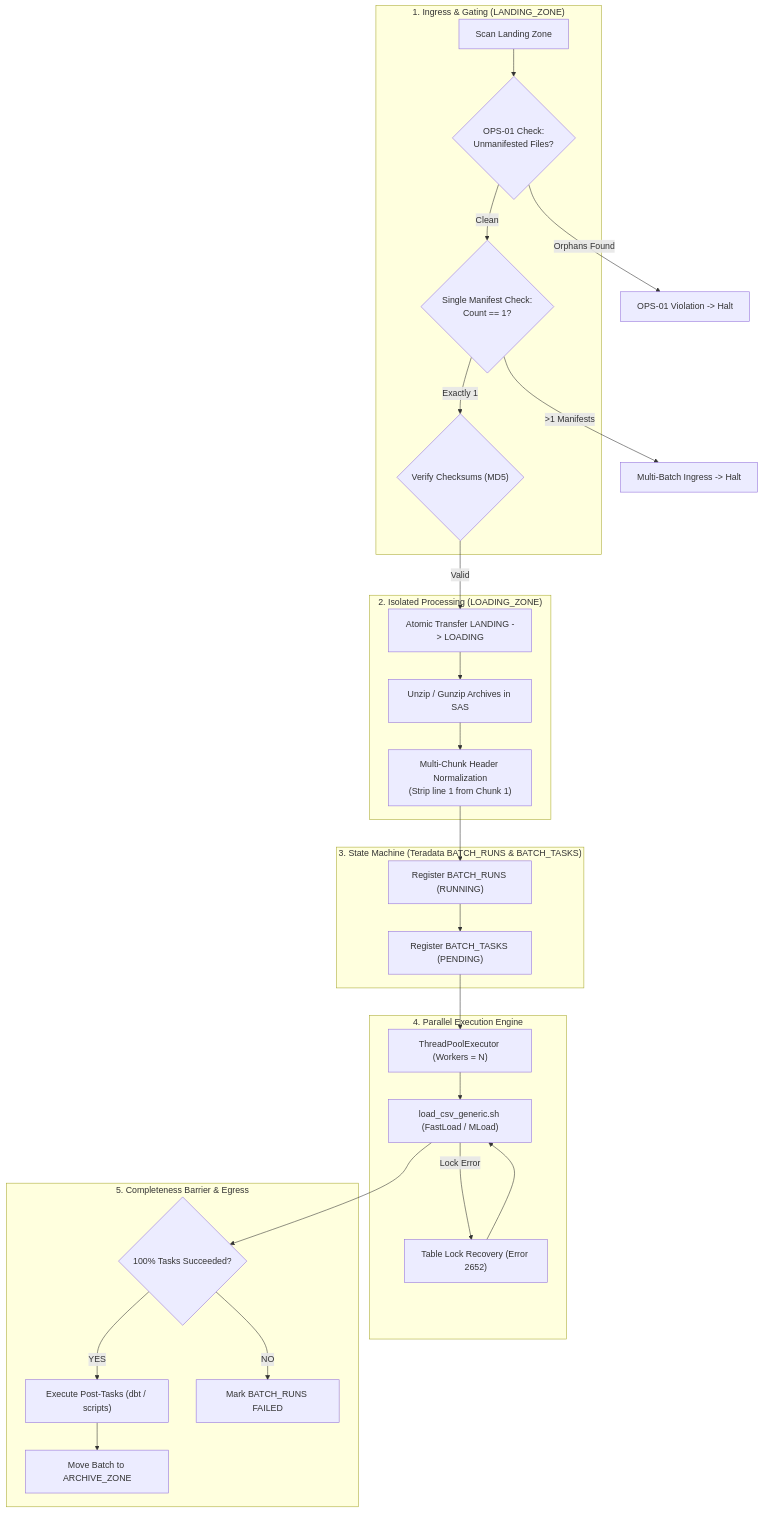
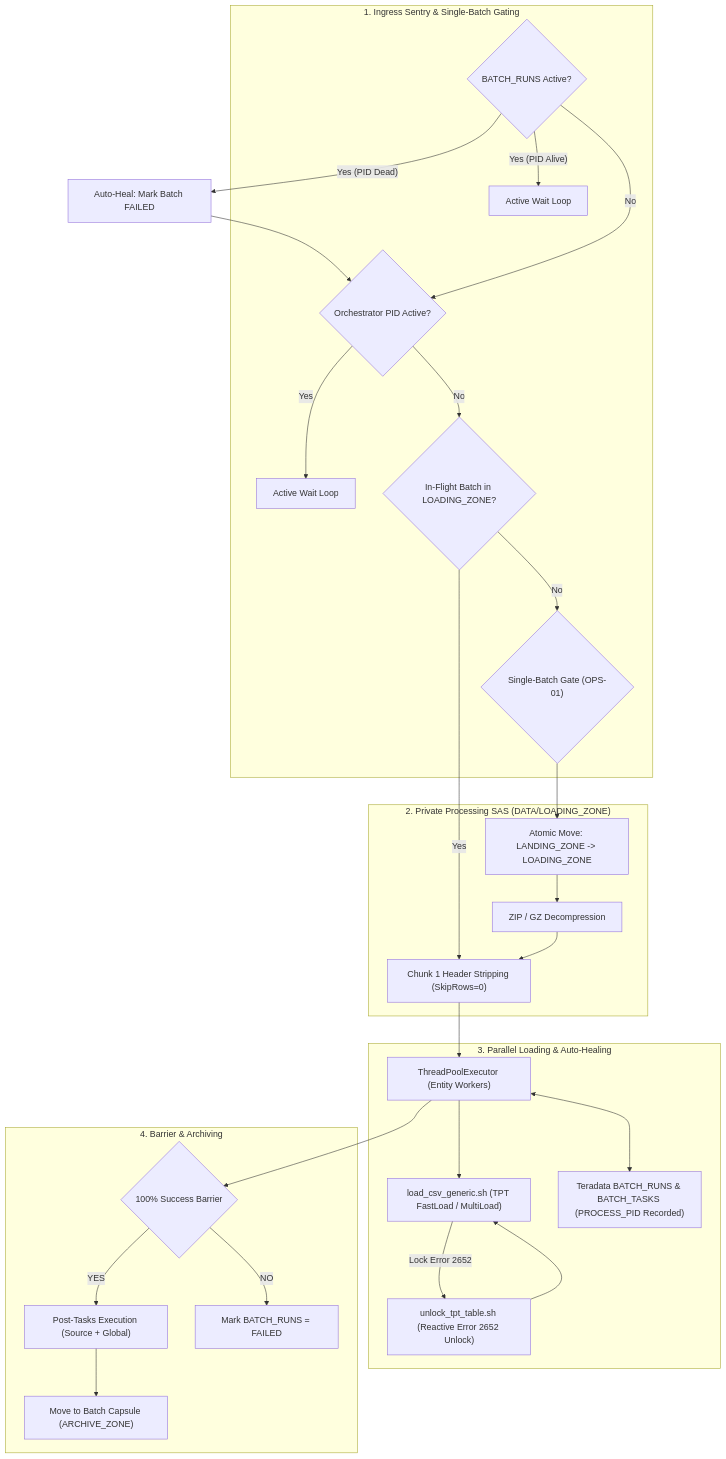
Before and after one commit to manisadegh/DATA_INGESTION_ORCHESTRATOR: the first of 2 diagrams in docs/02_functional_specification.md, drawn with Mermaid. The commit also changed other lines of this file and 5 other files, not shown here.

First line of the commit message:
docs: thoroughly update DATA_INGESTION_ORCHESTRATOR documentation suite

````diff
--- a/docs/02_functional_specification.md
+++ b/docs/02_functional_specification.md
@@ -7,47 +10,46 @@
 ```mermaid
 flowchart TD
-    subgraph INGRESS_GATING["1. Ingress & Gating (LANDING_ZONE)"]
-        Scan["Scan Landing Zone"]
-        CheckOrphan{"OPS-01 Check:<br/>Unmanifested Files?"}
-        CheckMF{"Single Manifest Check:<br/>Count == 1?"}
-        Checksum{"Verify Checksums (MD5)"}
+    subgraph INGRESS_GATING["1. Ingress Sentry & Single-Batch Gating"]
+        DBSentry{"BATCH_RUNS Active?"}
+        WaitDB["Active Wait Loop"]
+        PIDSentry{"Orchestrator PID Active?"}
+        WaitPID["Active Wait Loop"]
+        InFlight{"In-Flight Batch in LOADING_ZONE?"}
+        Gate{"Single-Batch Gate (OPS-01)"}
     end
 
-    subgraph ISOLATED_STAGE["2. Isolated Processing (LOADING_ZONE)"]
-        Move["Atomic Transfer LANDING -> LOADING"]
-        Decomp["Unzip / Gunzip Archives in SAS"]
-        Normalize["Multi-Chunk Header Normalization<br/>(Strip line 1 from Chunk 1)"]
+    subgraph ISOLATED_SAS["2. Private Processing SAS (DATA/LOADING_ZONE)"]
+        AtomicTransfer["Atomic Move: LANDING_ZONE -> LOADING_ZONE"]
+        Decomp["ZIP / GZ Decompression"]
+        HeaderNorm["Chunk 1 Header Stripping (SkipRows=0)"]
     end
 
-    subgraph DB_TRACKING["3. State Machine (Teradata BATCH_RUNS & BATCH_TASKS)"]
-        InitRun["Register BATCH_RUNS (RUNNING)"]
-        InitTasks["Register BATCH_TASKS (PENDING)"]
+    subgraph PARALLEL_LOAD["3. Parallel Loading & Auto-Healing"]
+        Workers["ThreadPoolExecutor (Entity Workers)"]
+        TPT["load_csv_generic.sh (TPT FastLoad / MultiLoad)"]
+        Unlock["unlock_tpt_table.sh (Reactive Error 2652 Unlock)"]
+        DBState["Teradata BATCH_RUNS & BATCH_TASKS (PROCESS_PID Recorded)"]
     end
 
-    subgraph EXECUTION["4. Parallel Execution Engine"]
-        Pool["ThreadPoolExecutor (Workers = N)"]
-        TPT["load_csv_generic.sh (FastLoad / MLoad)"]
-        LockHandler["Table Lock Recovery (Error 2652)"]
+    subgraph COMPLETION["4. Barrier & Archiving"]
+        Barrier{"100% Success Barrier"}
+        PostTasks["Post-Tasks Execution (Source + Global)"]
+        Archive["Move to Batch Capsule (ARCHIVE_ZONE)"]
+        FailRun["Mark BATCH_RUNS = FAILED"]
     end
 
-    subgraph POST_INGESTION["5. Completeness Barrier & Egress"]
-        Barrier{"100% Tasks Succeeded?"}
-        Post["Execute Post-Tasks (dbt / scripts)"]
-        Archive["Move Batch to ARCHIVE_ZONE"]
-        FailRun["Mark BATCH_RUNS FAILED"]
-    end
-
-    Scan --> CheckOrphan
-    CheckOrphan -->|Orphans Found| Abort1["OPS-01 Violation -> Halt"]
-    CheckOrphan -->|Clean| CheckMF
-    CheckMF -->|>1 Manifests| Abort2["Multi-Batch Ingress -> Halt"]
-    CheckMF -->|Exactly 1| Checksum
-    Checksum -->|Valid| Move
-    Move --> Decomp --> Normalize
-    Normalize --> InitRun --> InitTasks --> Pool
-    Pool --> TPT
-    TPT -->|Lock Error| LockHandler --> TPT
-    TPT --> Barrier
-    Barrier -->|YES| Post --> Archive
+    DBSentry -- Yes (PID Alive) --> WaitDB
+    DBSentry -- Yes (PID Dead) --> Heal["Auto-Heal: Mark Batch FAILED"] --> PIDSentry
+    DBSentry -- No --> PIDSentry
+    PIDSentry -- Yes --> WaitPID
+    PIDSentry -- No --> InFlight
+    InFlight -- Yes --> HeaderNorm
+    InFlight -- No --> Gate
+    Gate --> AtomicTransfer --> Decomp --> HeaderNorm --> Workers
+    Workers --> TPT
+    TPT -->|Lock Error 2652| Unlock --> TPT
+    Workers <--> DBState
+    Workers --> Barrier
+    Barrier -->|YES| PostTasks --> Archive
     Barrier -->|NO| FailRun
 ```
````
